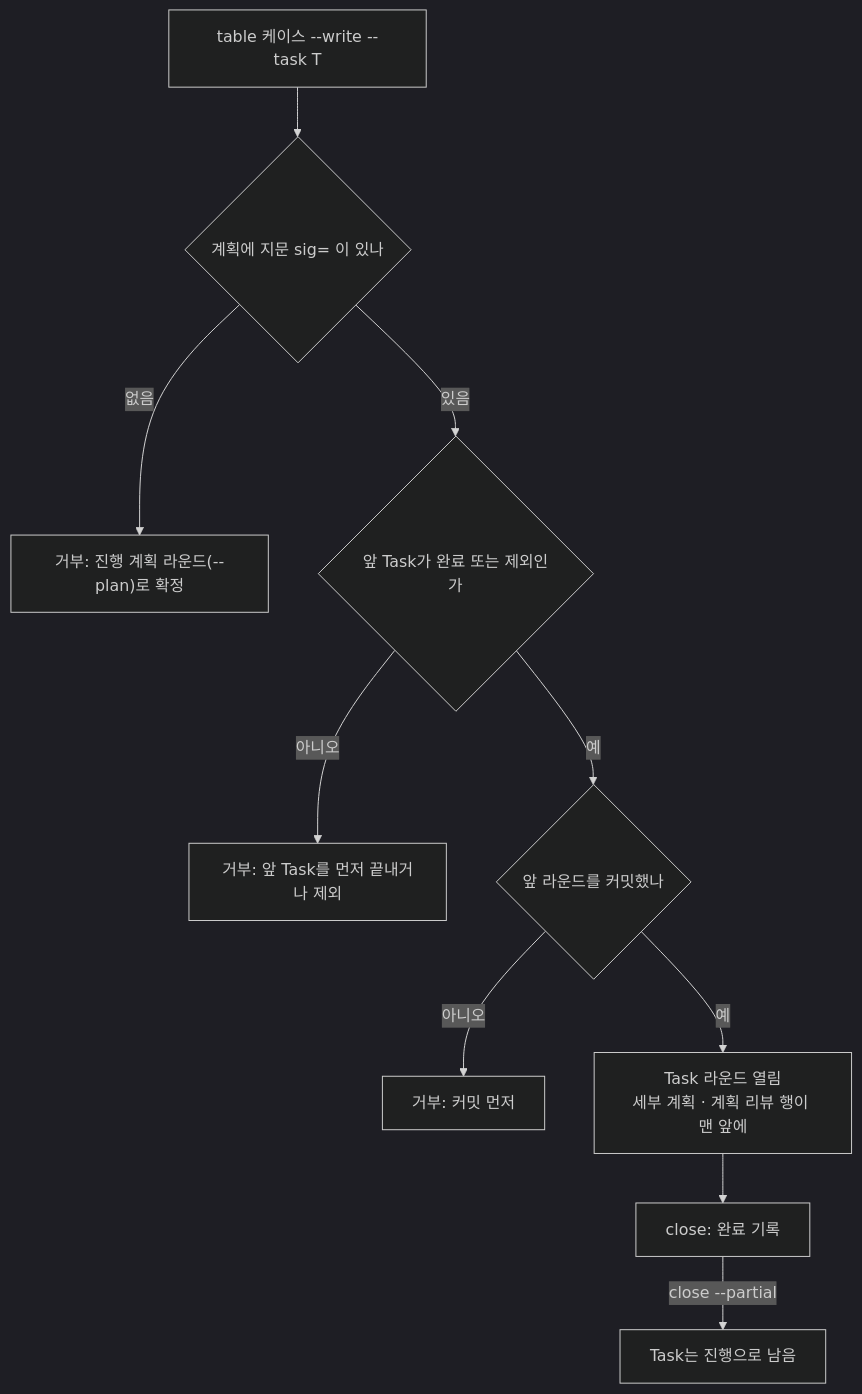
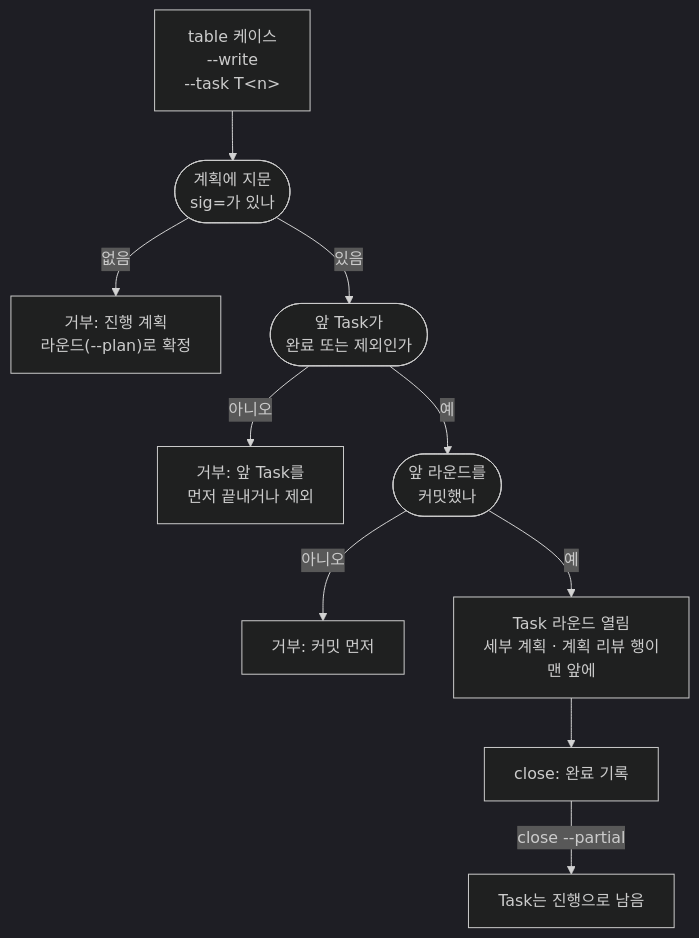
The second of 2 diagrams in handbook/concepts/project-plan.md (roadkwon-ai/pro-kit), drawn with Mermaid (dark theme) before and after one commit. The commit also changed 4 other files, not shown here.

````diff
--- a/handbook/concepts/project-plan.md
+++ b/handbook/concepts/project-plan.md
@@ -100,12 +100,17 @@
 ```mermaid
-flowchart TD
-  O["table 케이스 --write --task T<n>"] --> S{"계획에 지문 sig= 이 있나"}
-  S -->|없음| X1["거부: 진행 계획 라운드(--plan)로 확정"]
-  S -->|있음| G{"앞 Task가 완료 또는 제외인가"}
-  G -->|아니오| X2["거부: 앞 Task를 먼저 끝내거나 제외"]
-  G -->|예| C{"앞 라운드를 커밋했나"}
+---
+config:
+  flowchart:
+    wrappingWidth: 240
+---
+flowchart TB
+  O["table 케이스<br/>--write<br/>--task T#lt;n#gt;"] --> S(["계획에 지문<br/>sig=가 있나"])
+  S -->|없음| X1["거부: 진행 계획<br/>라운드(--plan)로 확정"]
+  S -->|있음| G(["앞 Task가<br/>완료 또는 제외인가"])
+  G -->|아니오| X2["거부: 앞 Task를<br/>먼저 끝내거나 제외"]
+  G -->|예| C(["앞 라운드를<br/>커밋했나"])
   C -->|아니오| X3["거부: 커밋 먼저"]
-  C -->|예| OK["Task 라운드 열림<br/>세부 계획 · 계획 리뷰 행이 맨 앞에"]
+  C -->|예| OK["Task 라운드 열림<br/>세부 계획 · 계획 리뷰 행이<br/>맨 앞에"]
   OK --> CL["close: 완료 기록"]
   CL -->|"close --partial"| P["Task는 진행으로 남음"]
 ```
````
